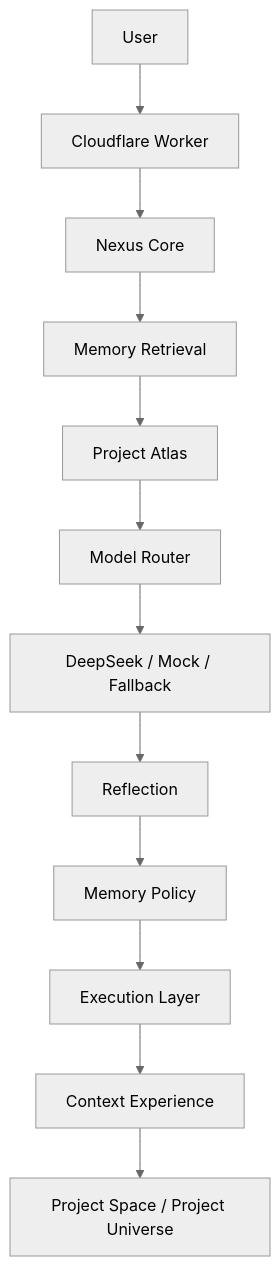
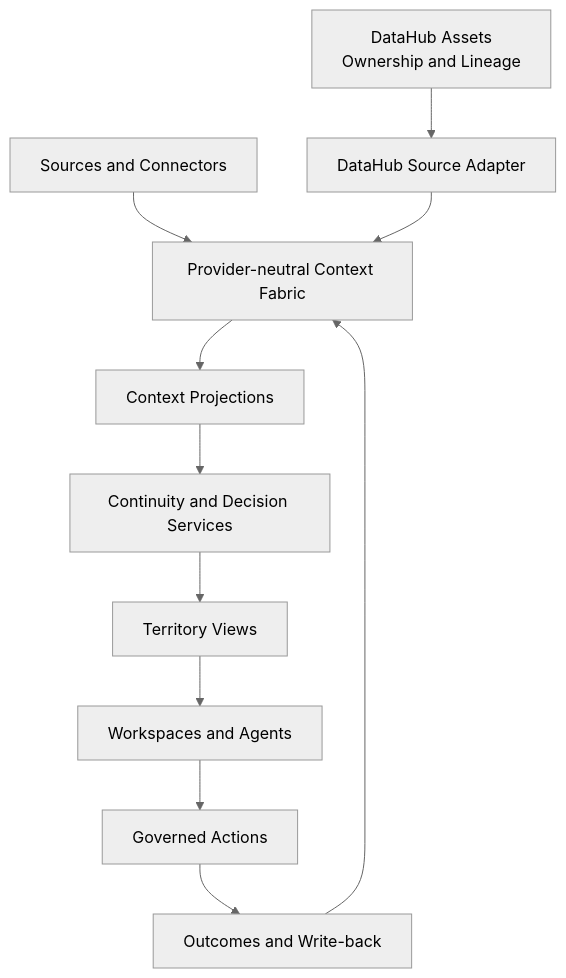
One commit to cyrilla-mist/nexus-ai changed the diagram in README.md. Above: the diagram before and after it, drawn with Mermaid (neutral theme). The commit also changed other lines of this file, not shown here.

Commit message:
docs: replace legacy README with Nexus Atlas submission baseline

````diff
--- a/README.md
+++ b/README.md
@@ -58,27 +262,25 @@
 ```mermaid
 flowchart TD
-  User[User]
-  Worker[Cloudflare Worker]
-  Core[Nexus Core]
-  Retrieval[Memory Retrieval]
-  Atlas[Project Atlas]
-  Model[Model Router]
-  DeepSeek[DeepSeek / Mock / Fallback]
-  Reflection[Reflection]
-  Policy[Memory Policy]
-  Execution[Execution Layer]
-  Experience[Context Experience]
-  Space[Project Space / Project Universe]
+  Sources[Sources and Connectors]
+  Fabric[Provider-neutral Context Fabric]
+  Projections[Context Projections]
+  Continuity[Continuity and Decision Services]
+  Territories[Territory Views]
+  Workspaces[Workspaces and Agents]
+  Actions[Governed Actions]
+  Outcomes[Outcomes and Write-back]
 
-  User --> Worker
-  Worker --> Core
-  Core --> Retrieval
-  Retrieval --> Atlas
-  Atlas --> Model
-  Model --> DeepSeek
-  DeepSeek --> Reflection
-  Reflection --> Policy
-  Policy --> Execution
-  Execution --> Experience
-  Experience --> Space
+  DataHub[DataHub Assets\nOwnership and Lineage]
+  Adapter[DataHub Source Adapter]
+
+  Sources --> Fabric
+  DataHub --> Adapter
+  Adapter --> Fabric
+  Fabric --> Projections
+  Projections --> Continuity
+  Continuity --> Territories
+  Territories --> Workspaces
+  Workspaces --> Actions
+  Actions --> Outcomes
+  Outcomes --> Fabric
 ```
````
